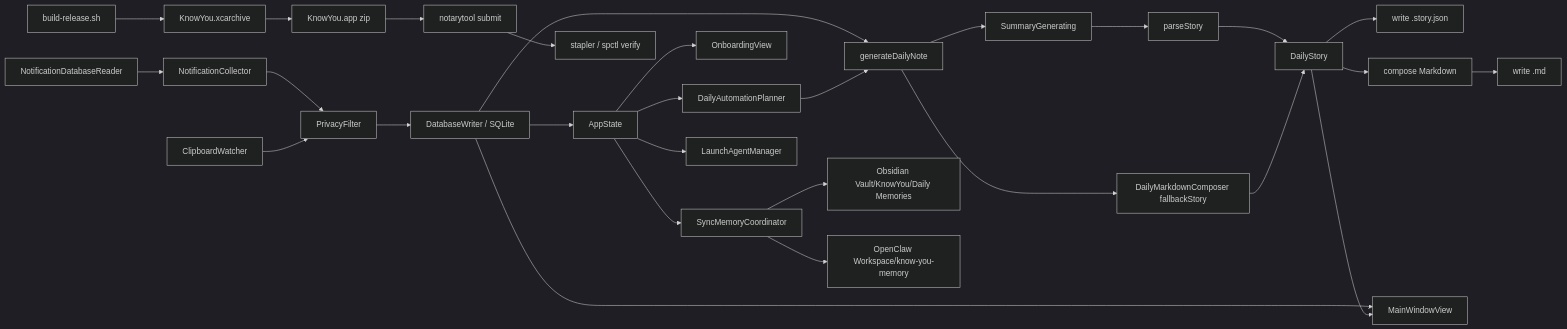
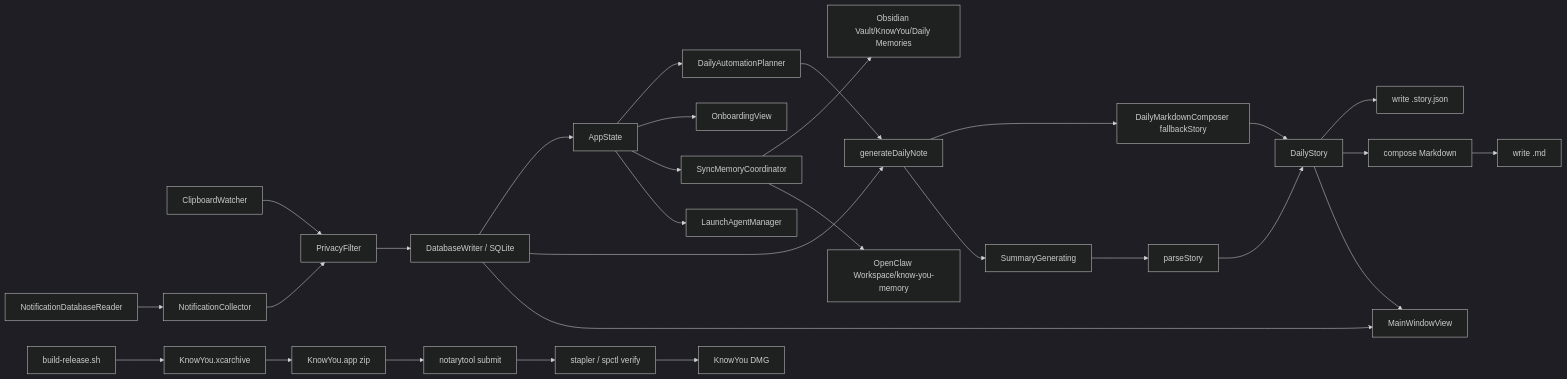
Before and after one commit to gift-is-coding/know-you-open-source: the first of 2 diagrams in docs/architecture.md, drawn with Mermaid (dark theme). The commit also changed other lines of this file and 13 other files, not shown here.

````diff
--- a/docs/architecture.md
+++ b/docs/architecture.md
@@ -32,30 +32,31 @@
 ```mermaid
 flowchart LR
     A[ClipboardWatcher] --> B[PrivacyFilter]
     C[NotificationDatabaseReader] --> D[NotificationCollector]
     D --> B
     B --> E[DatabaseWriter / SQLite]
     E --> F[AppState]
     F --> G[DailyAutomationPlanner]
     G --> H[generateDailyNote]
     E --> H
     H --> I[DailyMarkdownComposer fallbackStory]
     H --> J[SummaryGenerating]
     J --> K[parseStory]
     I --> L[DailyStory]
     K --> L
     L --> M[write .story.json]
     L --> N[compose Markdown]
     N --> O[write .md]
     L --> P[MainWindowView]
     F --> Q[OnboardingView]
     E --> P
     F --> R[SyncMemoryCoordinator]
     R --> S[Obsidian Vault/KnowYou/Daily Memories]
     R --> T[OpenClaw Workspace/know-you-memory]
     F --> U[LaunchAgentManager]
     V[build-release.sh] --> W[KnowYou.xcarchive]
     W --> X[KnowYou.app zip]
     X --> Y[notarytool submit]
     Y --> Z[stapler / spctl verify]
+    Z --> ZA[KnowYou DMG]
 ```
````
